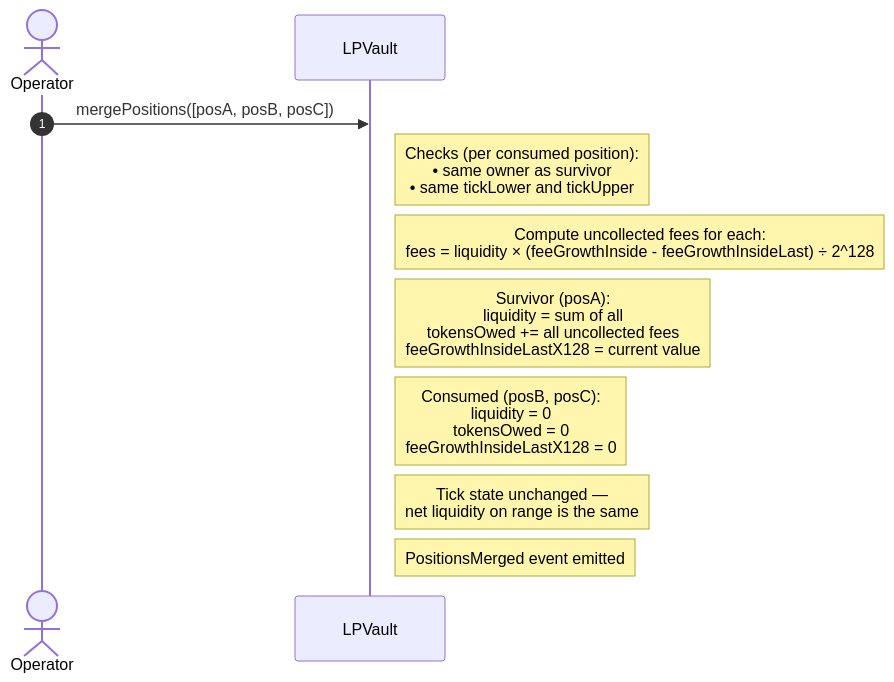
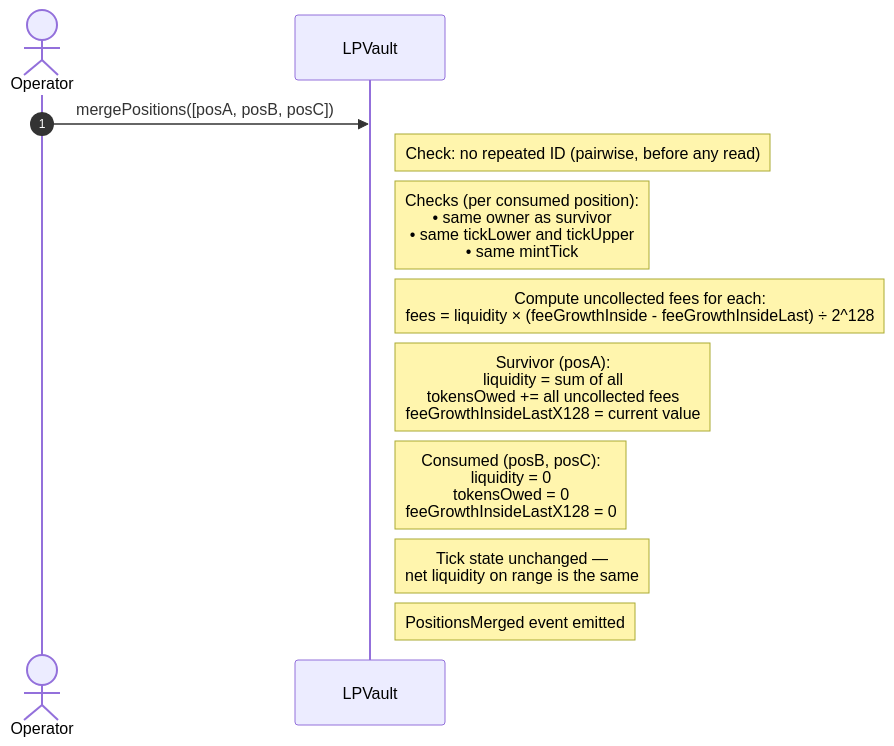
The seventh of 12 diagrams in FLOWS.md (ProphetMarket/lp-vaults), drawn with Mermaid before and after one commit. The commit also changed other lines of this file and 3 other files, not shown here.

First line of the commit message:
chore (vault): Document the mint tick and update the plan for R7

````diff
--- a/FLOWS.md
+++ b/FLOWS.md
@@ -226,17 +226,18 @@
 ```mermaid
 sequenceDiagram
     autonumber
     actor Operator
     participant Vault as LPVault
 
     Operator->>Vault: mergePositions([posA, posB, posC])
-    Note right of Vault: Checks (per consumed position):<br/>• same owner as survivor<br/>• same tickLower and tickUpper
+    Note right of Vault: Check: no repeated ID (pairwise, before any read)
+    Note right of Vault: Checks (per consumed position):<br/>• same owner as survivor<br/>• same tickLower and tickUpper<br/>• same mintTick
 
     Note right of Vault: Compute uncollected fees for each:<br/>fees = liquidity × (feeGrowthInside - feeGrowthInsideLast) ÷ 2^128
     Note right of Vault: Survivor (posA):<br/>  liquidity = sum of all<br/>  tokensOwed += all uncollected fees<br/>  feeGrowthInsideLastX128 = current value
 
     Note right of Vault: Consumed (posB, posC):<br/>  liquidity = 0<br/>  tokensOwed = 0<br/>  feeGrowthInsideLastX128 = 0
 
     Note right of Vault: Tick state unchanged —<br/>net liquidity on range is the same
     Note right of Vault: PositionsMerged event emitted
 ```
````
